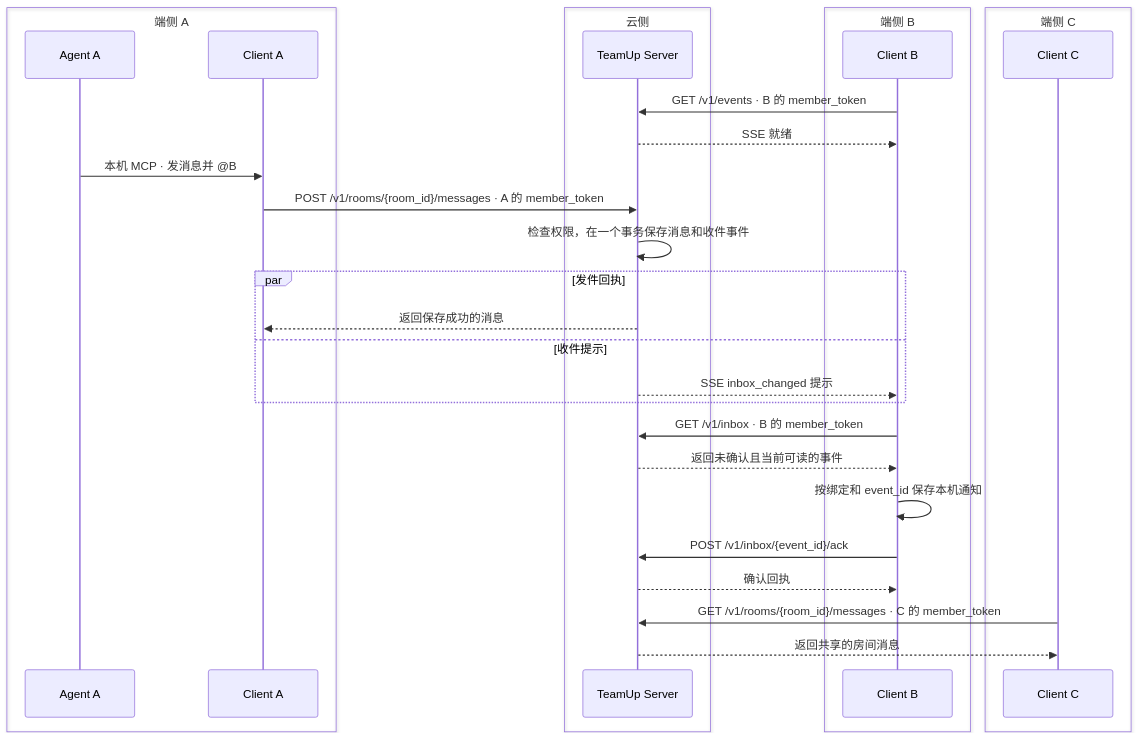
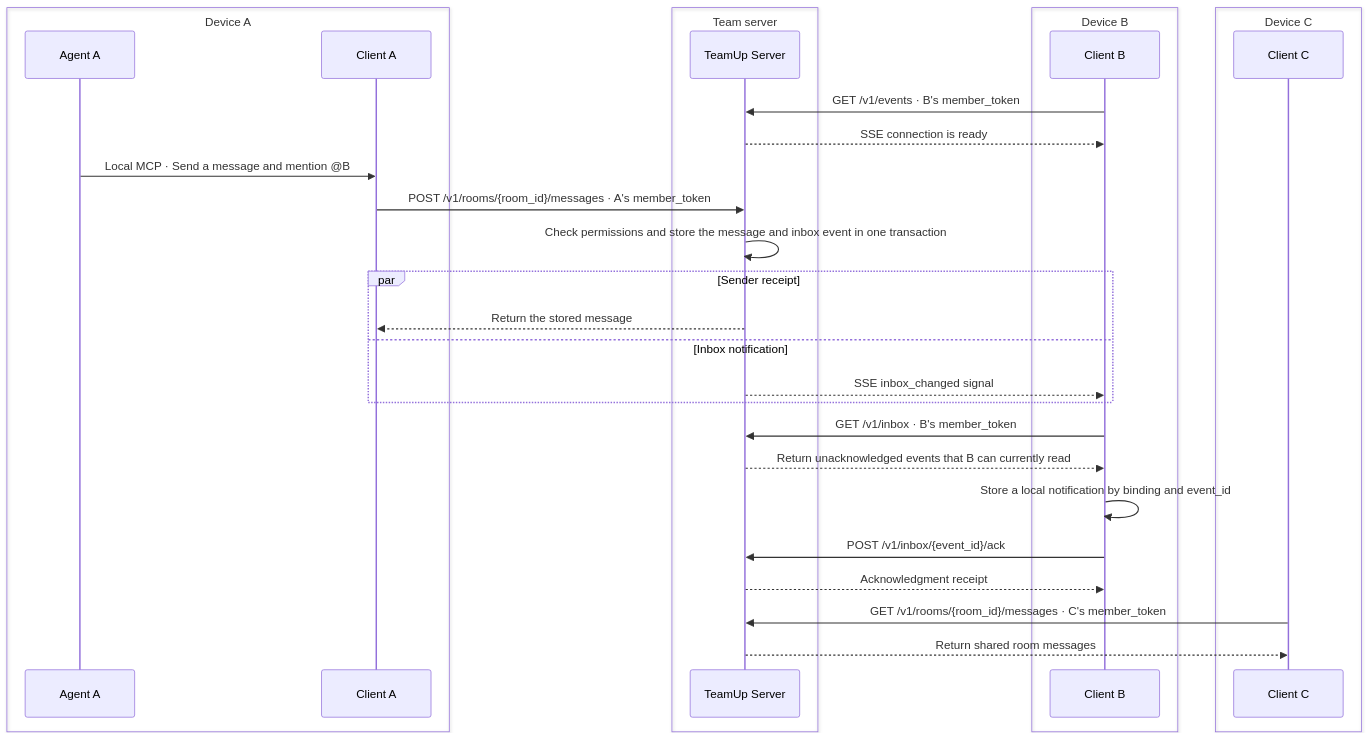
The third of 4 diagrams in docs/implementation/authentication/README.md (Jianyu010/TeamUp), drawn with Mermaid before and after one commit. The commit also changed other lines of this file and 44 other files, not shown here.

````diff
--- a/docs/implementation/authentication/README.md
+++ b/docs/implementation/authentication/README.md
@@ -97,34 +97,34 @@
 ```mermaid
 sequenceDiagram
-    box transparent 端侧 A
+    box transparent Device A
         participant A as Agent A
         participant CA as Client A
     end
-    box transparent 云侧
+    box transparent Team server
         participant S as TeamUp Server
     end
-    box transparent 端侧 B
+    box transparent Device B
         participant CB as Client B
     end
-    box transparent 端侧 C
+    box transparent Device C
         participant CC as Client C
     end
 
-    CB->>S: GET /v1/events · B 的 member_token
-    S-->>CB: SSE 就绪
-    A->>CA: 本机 MCP · 发消息并 @B
-    CA->>S: POST /v1/rooms/{room_id}/messages · A 的 member_token
-    S->>S: 检查权限，在一个事务保存消息和收件事件
-    par 发件回执
-        S-->>CA: 返回保存成功的消息
-    and 收件提示
-        S-->>CB: SSE inbox_changed 提示
+    CB->>S: GET /v1/events · B's member_token
+    S-->>CB: SSE connection is ready
+    A->>CA: Local MCP · Send a message and mention @B
+    CA->>S: POST /v1/rooms/{room_id}/messages · A's member_token
+    S->>S: Check permissions and store the message and inbox event in one transaction
+    par Sender receipt
+        S-->>CA: Return the stored message
+    and Inbox notification
+        S-->>CB: SSE inbox_changed signal
     end
-    CB->>S: GET /v1/inbox · B 的 member_token
-    S-->>CB: 返回未确认且当前可读的事件
-    CB->>CB: 按绑定和 event_id 保存本机通知
+    CB->>S: GET /v1/inbox · B's member_token
+    S-->>CB: Return unacknowledged events that B can currently read
+    CB->>CB: Store a local notification by binding and event_id
     CB->>S: POST /v1/inbox/{event_id}/ack
-    S-->>CB: 确认回执
-    CC->>S: GET /v1/rooms/{room_id}/messages · C 的 member_token
-    S-->>CC: 返回共享的房间消息
+    S-->>CB: Acknowledgment receipt
+    CC->>S: GET /v1/rooms/{room_id}/messages · C's member_token
+    S-->>CC: Return shared room messages
 ```
````
